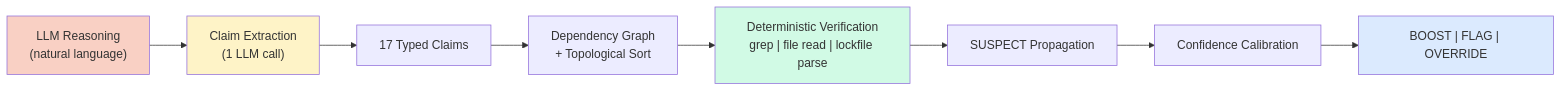
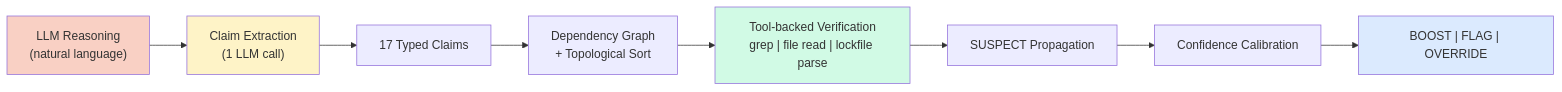
Before and after one commit to ugiordan/code-claim-verifier: the diagram in site/docs/index.md, drawn with Mermaid. The commit also changed other lines of this file and 13 other files, not shown here.

First line of the commit message:
docs: replace deterministic-verification claims with tool-backed wording

````diff
--- a/site/docs/index.md
+++ b/site/docs/index.md
@@ -9,15 +9,15 @@
 ```mermaid
 graph LR
     A["LLM Reasoning<br/>(natural language)"] --> B["Claim Extraction<br/>(1 LLM call)"]
     B --> C["17 Typed Claims"]
     C --> D["Dependency Graph<br/>+ Topological Sort"]
-    D --> E["Deterministic Verification<br/>grep | file read | lockfile parse"]
+    D --> E["Tool-backed Verification<br/>grep | file read | lockfile parse"]
     E --> F["SUSPECT Propagation"]
     F --> G["Confidence Calibration"]
     G --> H["BOOST | FLAG | OVERRIDE"]
 
     style A fill:#f9d0c4
     style B fill:#fef3c7
     style E fill:#d1fae5
     style H fill:#dbeafe
 ```
````
